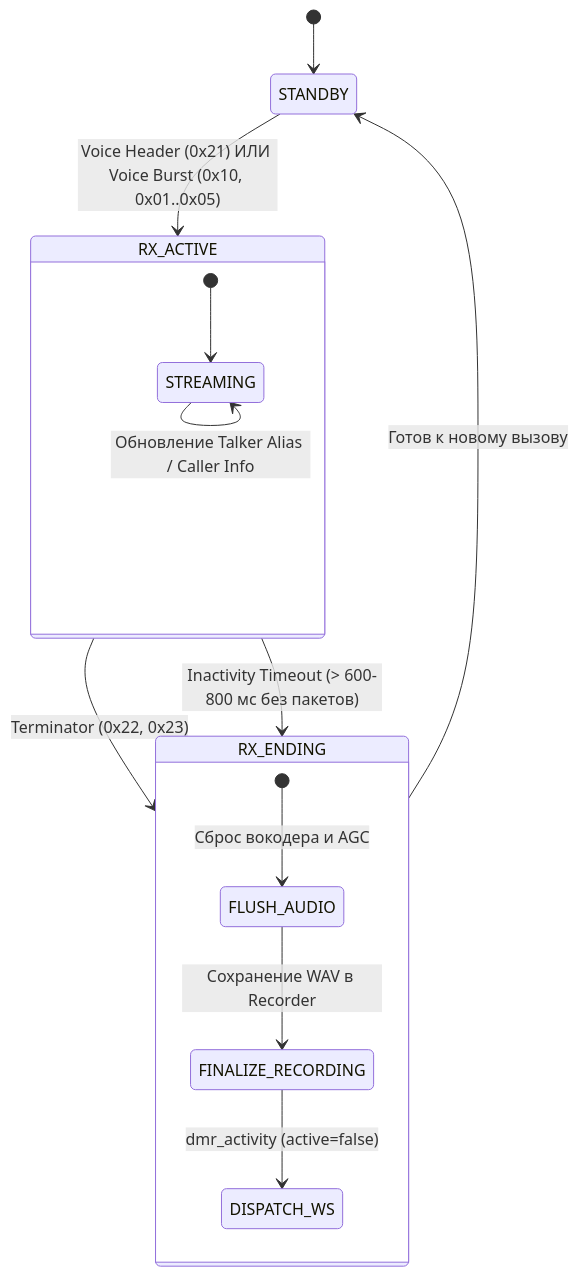
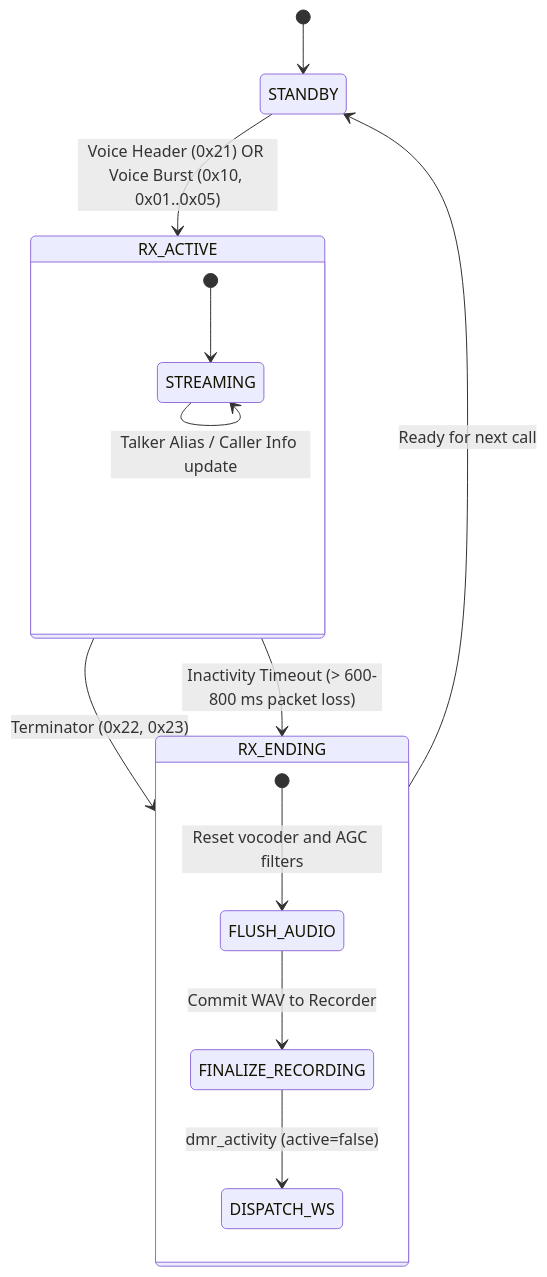
One commit to owlze/proxdmr changed the diagram in docs/SYSTEM_SPEC.md. Above: the diagram before and after it, drawn with Mermaid. The commit also changed other lines of this file and 8 other files, not shown here.

````diff
--- a/docs/SYSTEM_SPEC.md
+++ b/docs/SYSTEM_SPEC.md
@@ -78,23 +78,23 @@
 ```mermaid
 stateDiagram-v2
     [*] --> STANDBY
     
-    STANDBY --> RX_ACTIVE : Voice Header (0x21) ИЛИ Voice Burst (0x10, 0x01..0x05)
+    STANDBY --> RX_ACTIVE : Voice Header (0x21) OR Voice Burst (0x10, 0x01..0x05)
     
     state RX_ACTIVE {
         [*] --> STREAMING
-        STREAMING --> STREAMING : Прием бёрстов A..F (декодирование AMBE -> PCM)
-        STREAMING --> STREAMING : Обновление Talker Alias / Caller Info
+        STREAMING --> STREAMING : Bursts A..F received (AMBE -> PCM decoding)
+        STREAMING --> STREAMING : Talker Alias / Caller Info update
     }
     
     RX_ACTIVE --> RX_ENDING : Terminator (0x22, 0x23)
-    RX_ACTIVE --> RX_ENDING : Inactivity Timeout (> 600-800 мс без пакетов)
+    RX_ACTIVE --> RX_ENDING : Inactivity Timeout (> 600-800 ms packet loss)
     
     state RX_ENDING {
-        [*] --> FLUSH_AUDIO : Сброс вокодера и AGC
-        FLUSH_AUDIO --> FINALIZE_RECORDING : Сохранение WAV в Recorder
+        [*] --> FLUSH_AUDIO : Reset vocoder and AGC filters
+        FLUSH_AUDIO --> FINALIZE_RECORDING : Commit WAV to Recorder
         FINALIZE_RECORDING --> DISPATCH_WS : dmr_activity (active=false)
     }
     
-    RX_ENDING --> STANDBY : Готов к новому вызову
+    RX_ENDING --> STANDBY : Ready for next call
 ```
````
